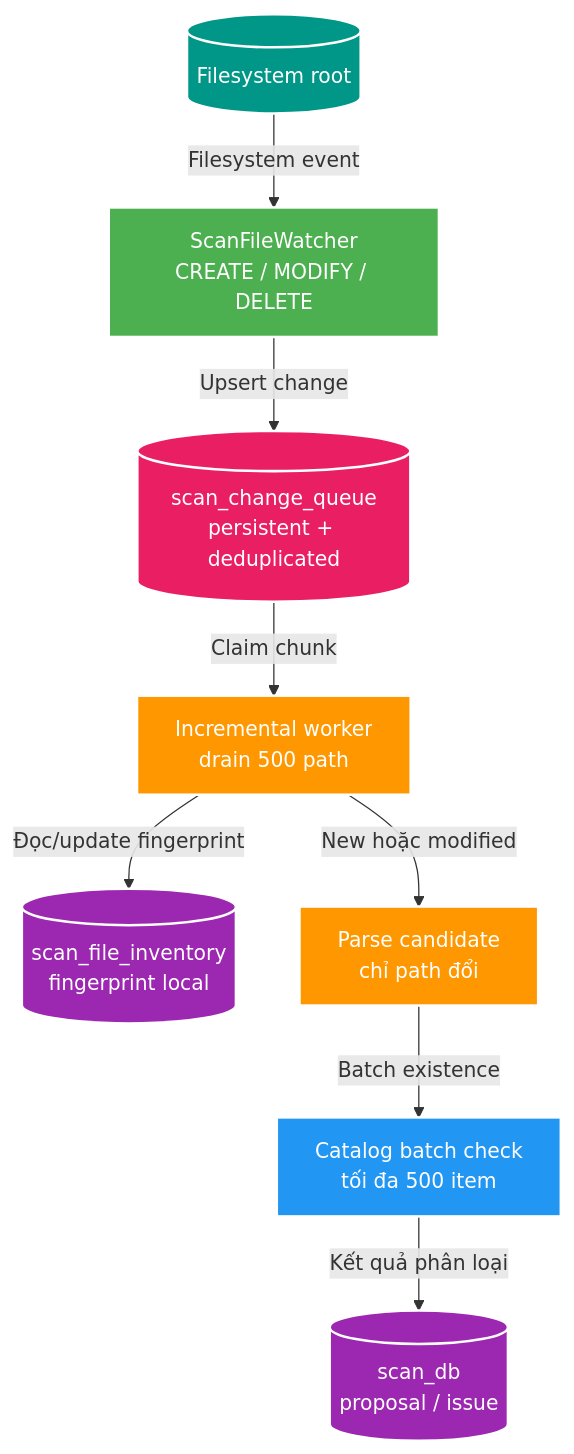
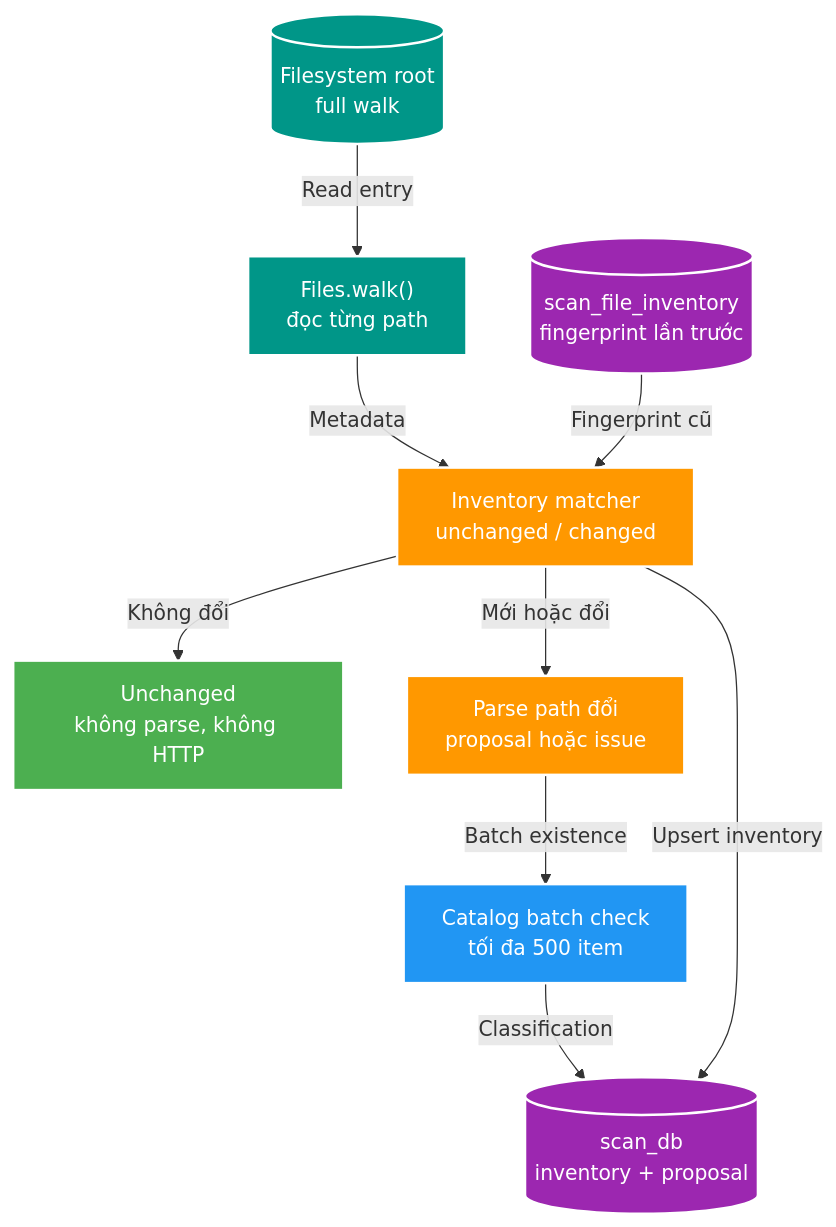
Before and after one commit to HungPhan200591/file-mngt-be-v2: the diagram in manual/learning/use-cases/scale-capacity/sc-01-scan-one-million-filesystem-entry/03-cross-service-deduplication.md, drawn with Mermaid. The commit also changed other lines of this file and 2 other files, not shown here.

````diff
--- a/manual/learning/use-cases/scale-capacity/sc-01-scan-one-million-filesystem-entry/03-cross-service-deduplication.md
+++ b/manual/learning/use-cases/scale-capacity/sc-01-scan-one-million-filesystem-entry/03-cross-service-deduplication.md
@@ -20,28 +9,29 @@
 ```mermaid
 flowchart TD
-    FS[("<font color='white'>Filesystem root</font>")]
-    WATCH["<font color='white'>ScanFileWatcher<br/>CREATE / MODIFY / DELETE</font>"]
-    QUEUE[("<font color='white'>scan_change_queue<br/>persistent + deduplicated</font>")]
-    WORKER["<font color='white'>Incremental worker<br/>drain 500 path</font>"]
-    INV[("<font color='white'>scan_file_inventory<br/>fingerprint local</font>")]
-    PARSE["<font color='white'>Parse candidate<br/>chỉ path đổi</font>"]
+    FS[("<font color='white'>Filesystem root<br/>full walk</font>")]
+    WALK["<font color='white'>Files.walk()<br/>đọc từng path</font>"]
+    INV[("<font color='white'>scan_file_inventory<br/>fingerprint lần trước</font>")]
+    MATCH["<font color='white'>Inventory matcher<br/>unchanged / changed</font>"]
+    SKIP["<font color='white'>Unchanged<br/>không parse, không HTTP</font>"]
+    PARSE["<font color='white'>Parse path đổi<br/>proposal hoặc issue</font>"]
     CATALOG["<font color='white'>Catalog batch check<br/>tối đa 500 item</font>"]
-    PROPOSAL[("<font color='white'>scan_db<br/>proposal / issue</font>")]
+    DB[("<font color='white'>scan_db<br/>inventory + proposal</font>")]
 
-    FS -->|"Filesystem event"| WATCH
-    WATCH -->|"Upsert change"| QUEUE
-    QUEUE -->|"Claim chunk"| WORKER
-    WORKER -->|"Đọc/update fingerprint"| INV
-    WORKER -->|"New hoặc modified"| PARSE
+    FS -->|"Read entry"| WALK
+    WALK -->|"Metadata"| MATCH
+    INV -->|"Fingerprint cũ"| MATCH
+    MATCH -->|"Không đổi"| SKIP
+    MATCH -->|"Mới hoặc đổi"| PARSE
     PARSE -->|"Batch existence"| CATALOG
-    CATALOG -->|"Kết quả phân loại"| PROPOSAL
+    CATALOG -->|"Classification"| DB
+    MATCH -->|"Upsert inventory"| DB
 
     style FS fill:#009688,stroke:#fff,stroke-width:2px
-    style WATCH fill:#4CAF50,stroke:#fff,stroke-width:2px
-    style QUEUE fill:#E91E63,stroke:#fff,stroke-width:2px
-    style WORKER fill:#FF9800,stroke:#fff,stroke-width:2px
+    style WALK fill:#009688,stroke:#fff,stroke-width:2px
     style INV fill:#9C27B0,stroke:#fff,stroke-width:2px
+    style MATCH fill:#FF9800,stroke:#fff,stroke-width:2px
+    style SKIP fill:#4CAF50,stroke:#fff,stroke-width:2px
     style PARSE fill:#FF9800,stroke:#fff,stroke-width:2px
     style CATALOG fill:#2196F3,stroke:#fff,stroke-width:2px
-    style PROPOSAL fill:#9C27B0,stroke:#fff,stroke-width:2px
+    style DB fill:#9C27B0,stroke:#fff,stroke-width:2px
 ```
````
